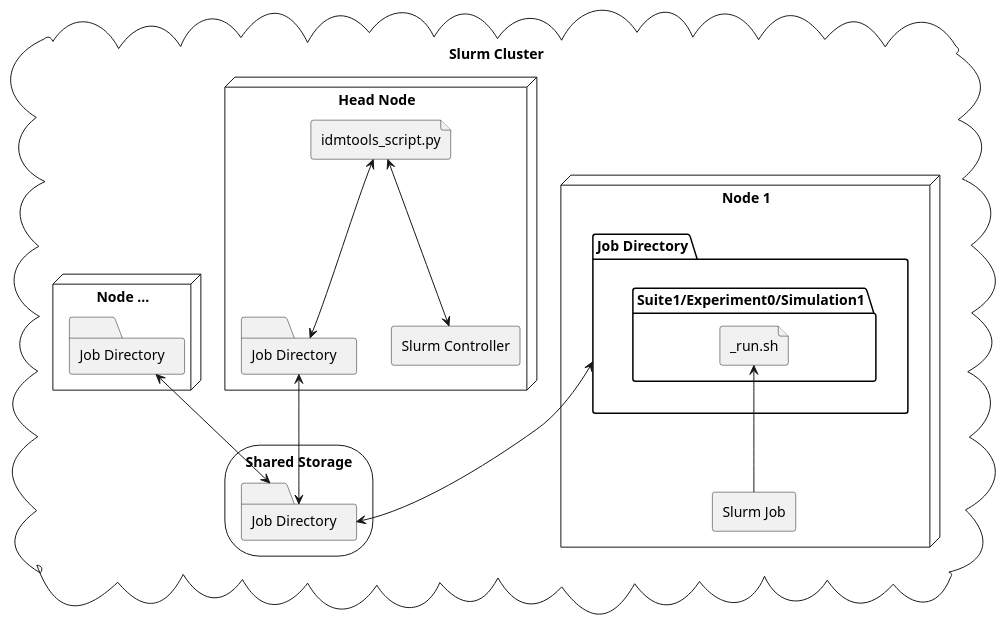
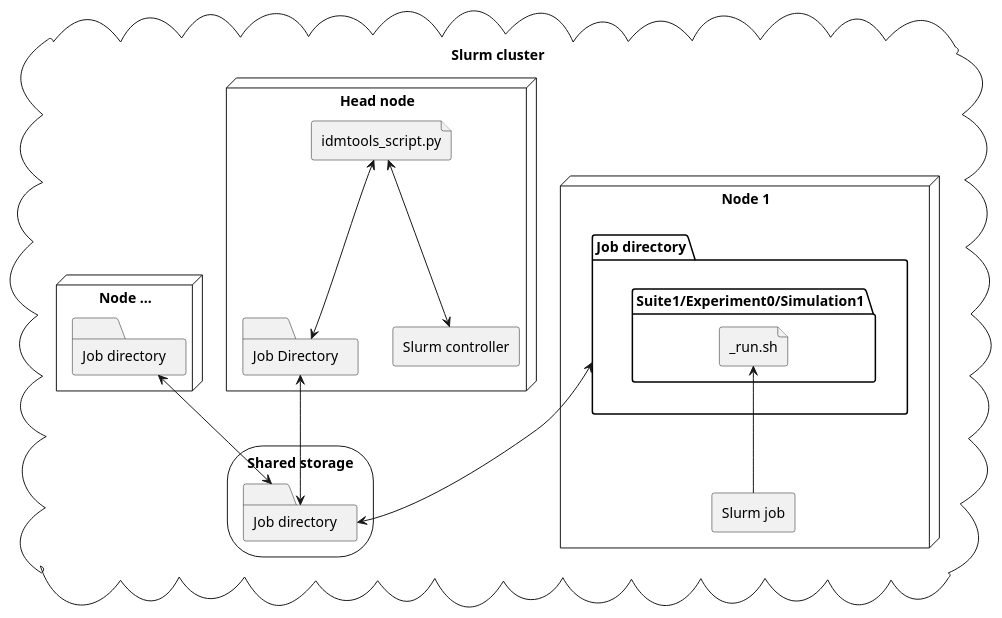
One commit to InstituteforDiseaseModeling/idmtools changed the diagram in docs/platforms/slurm/local.puml. Above: the diagram before and after it, drawn with PlantUML. The commit also changed 28 other files, not shown here.

```diff
--- a/docs/platforms/slurm/local.puml
+++ b/docs/platforms/slurm/local.puml
@@ -1,33 +1,33 @@
 @startuml
 
-cloud "Slurm Cluster" {
-  storage "Shared Storage" as shared {
-    folder "Job Directory" as job0
+cloud "Slurm cluster" {
+  storage "Shared storage" as shared {
+    folder "Job directory" as job0
   }
-  node "Head Node" {
+  node "Head node" {
     folder "Job Directory" as job1
 
-    agent "Slurm Controller" as sctl
+    agent "Slurm controller" as sctl
     file "idmtools_script.py" as user_script
     user_script <--> job1
     user_script <--> sctl
   }
   node "Node 1" {
-    folder "Job Directory" as job2 {
+    folder "Job directory" as job2 {
       folder "Suite1/Experiment0/Simulation1" as jfolder {
         file "_run.sh" as jshell
       }
     }
-    agent "Slurm Job" as sj
+    agent "Slurm job" as sj
     jshell <-- sj
   }
   node "Node ..." {
-    folder "Job Directory" as job3
+    folder "Job directory" as job3
   }
   job1 <--> job0
   job2 <--> job0
   job3 <--> job0
 }
 
 
 @enduml
```
